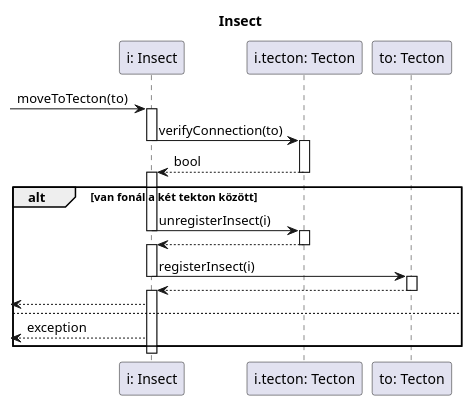
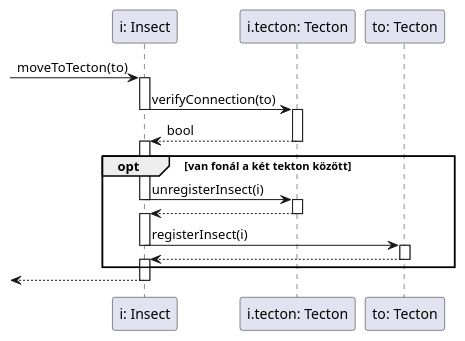
The diagram in diagrams/sequence/insect/moveToTecton.plantuml (dzsem/projlab), drawn with PlantUML before and after one commit. The commit also changed 1 other file, not shown here.

Commit message:
Update insect sequence diagrams from class diagram, switch alt-exception to opt

```diff
--- a/diagrams/sequence/insect/moveToTecton.plantuml
+++ b/diagrams/sequence/insect/moveToTecton.plantuml
@@ -1,47 +1,43 @@
 @startuml Insect
-title Insect
 
 participant "i: Insect" as insect
 participant "i.tecton: Tecton" as t1
 participant "to: Tecton" as t2
 
 -> insect: moveToTecton(to)
 activate insect
 
 insect -> t1: verifyConnection(to)
 deactivate insect
 activate t1
 
 t1 --> insect: bool
 deactivate t1
 activate insect
 
-alt van fonál a két tekton között
+opt van fonál a két tekton között
 	insect -> t1: unregisterInsect(i)
 	deactivate insect
 	activate t1
 
 	t1 --> insect
 	deactivate t1
 	activate insect
 
 	insect -> t2: registerInsect(i)
 	deactivate insect
 	activate t2
 
 	t2 --> insect
 	deactivate t2
 	activate insect
 
 	'insect -> insect: i.tecton = to
 	' Elvileg nem kell megjeleníteni
+end
 
 <-- insect
-
-else
-<-- insect: exception
-end
 
 deactivate insect
 
 @enduml
```
